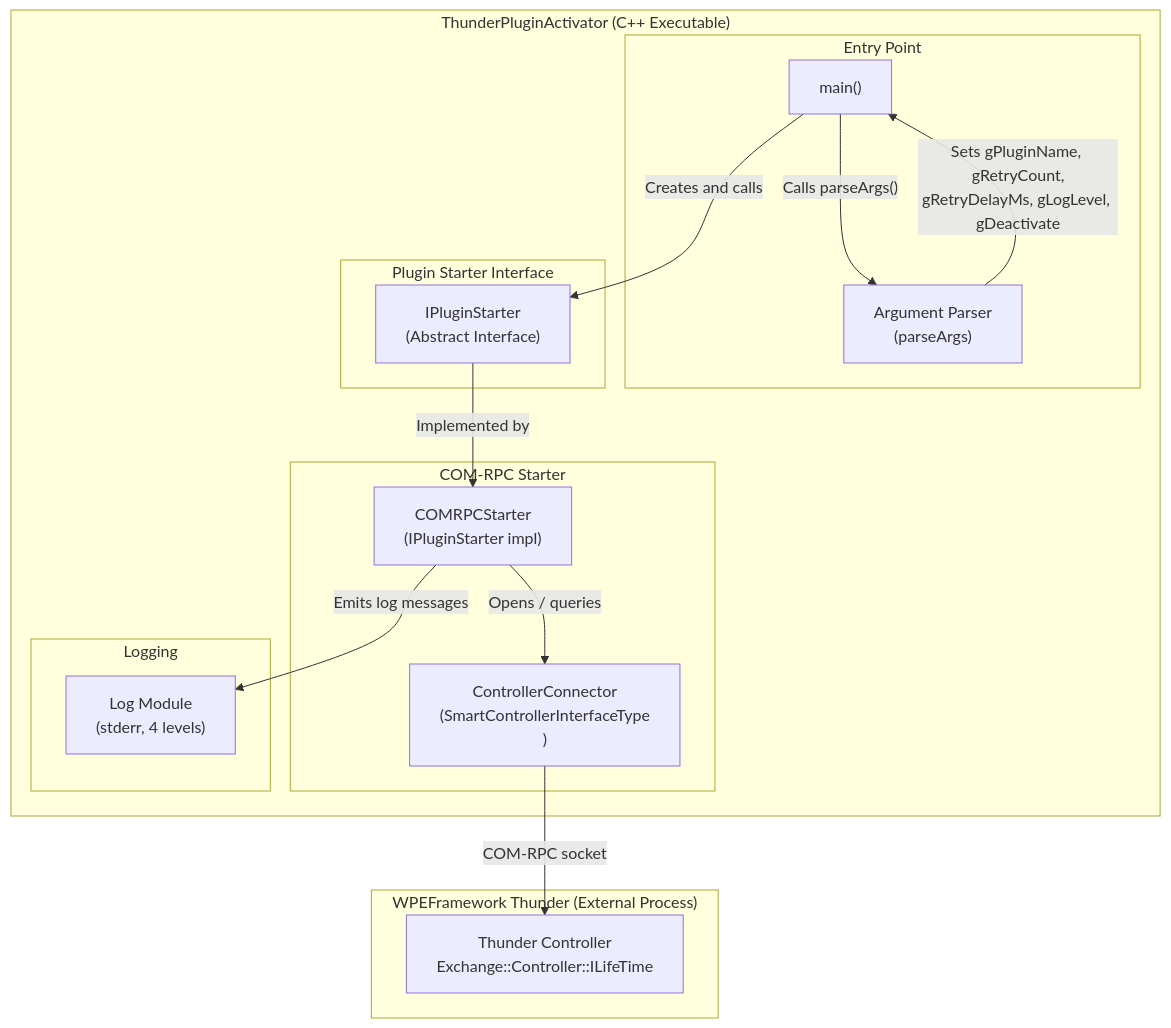
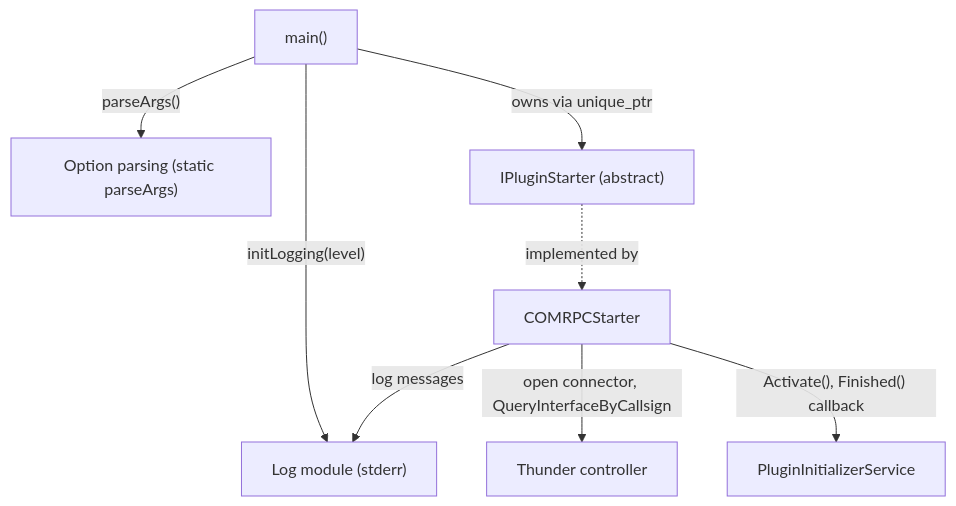
Before and after one commit to rdkcentral/ThunderPluginActivator: the second of 4 diagrams in docs/README.md, drawn with Mermaid. The commit also changed other lines of this file, not shown here.

````diff
--- a/docs/README.md
+++ b/docs/README.md
@@ -66,37 +37,10 @@
 ```mermaid
 graph TD
-
-    subgraph PluginActivatorBinary ["ThunderPluginActivator (C++ Executable)"]
-
-        subgraph EntryPoint ["Entry Point"]
-            MAIN["main()"]
-            ARGS["Argument Parser\n(parseArgs)"]
-        end
-
-        subgraph StarterInterface ["Plugin Starter Interface"]
-            IPLUGIN["IPluginStarter\n(Abstract Interface)"]
-        end
-
-        subgraph COMRPCLayer ["COM-RPC Starter"]
-            COMRPC["COMRPCStarter\n(IPluginStarter impl)"]
-            CONN["ControllerConnector\n(SmartControllerInterfaceType\n<ILifeTime>)"]
-        end
-
-        subgraph Logging ["Logging"]
-            LOG["Log Module\n(stderr, 4 levels)"]
-        end
-
-    end
-
-    subgraph ThunderController ["WPEFramework Thunder (External Process)"]
-        CTRL["Thunder Controller\nExchange::Controller::ILifeTime"]
-    end
-
-    MAIN -->|"Calls parseArgs()"| ARGS
-    ARGS -->|"Sets gPluginName, gRetryCount,\ngRetryDelayMs, gLogLevel, gDeactivate"| MAIN
-    MAIN -->|"Creates and calls"| IPLUGIN
-    IPLUGIN -->|"Implemented by"| COMRPC
-    COMRPC -->|"Opens / queries"| CONN
-    CONN -->|"COM-RPC socket"| CTRL
-    COMRPC -->|"Emits log messages"| LOG
+    MAIN["main()"] -->|"parseArgs()"| ARGS["Option parsing (static parseArgs)"]
+    MAIN -->|"initLogging(level)"| LOG["Log module (stderr)"]
+    MAIN -->|"owns via unique_ptr"| IPLUGIN["IPluginStarter (abstract)"]
+    IPLUGIN -.->|"implemented by"| COMRPC["COMRPCStarter"]
+    COMRPC -->|"open connector, QueryInterfaceByCallsign"| CTRL["Thunder controller"]
+    COMRPC -->|"Activate(), Finished() callback"| PIS["PluginInitializerService"]
+    COMRPC -->|"log messages"| LOG
 ```
````
